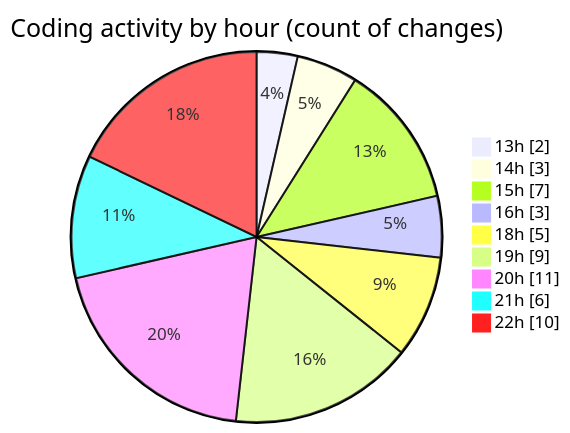
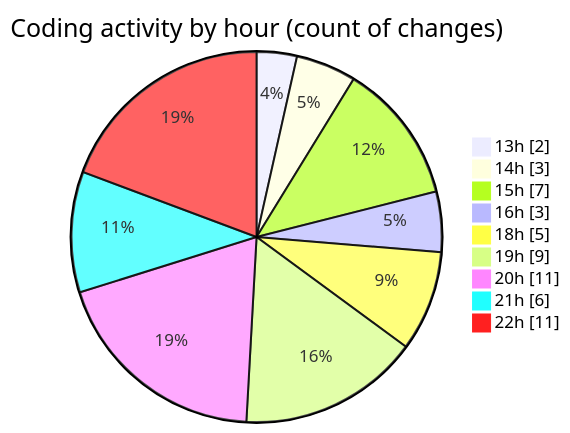
One commit to julien-gomy/code-tracking changed the second of 2 diagrams in 2025-11-14/cdp_aleoudev_fr__workspace_/README.md. Above: the diagram before and after it, drawn with Mermaid. The commit also changed other lines of this file and 1 other file, not shown here.

````diff
--- a/2025-11-14/cdp_aleoudev_fr__workspace_/README.md
+++ b/2025-11-14/cdp_aleoudev_fr__workspace_/README.md
@@ -44,13 +44,13 @@
 ```mermaid
 pie showData
 title Coding activity by hour (count of changes)
 "13h" : 2
 "14h" : 3
 "15h" : 7
 "16h" : 3
 "18h" : 5
 "19h" : 9
 "20h" : 11
 "21h" : 6
-"22h" : 10
+"22h" : 11
 ```
````
